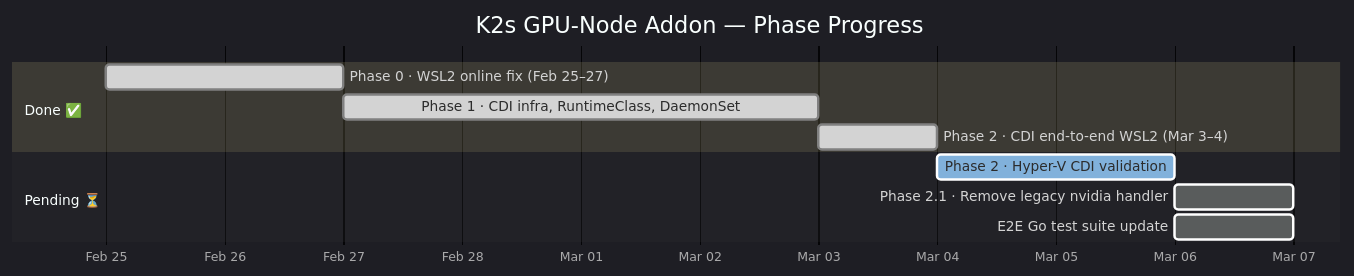
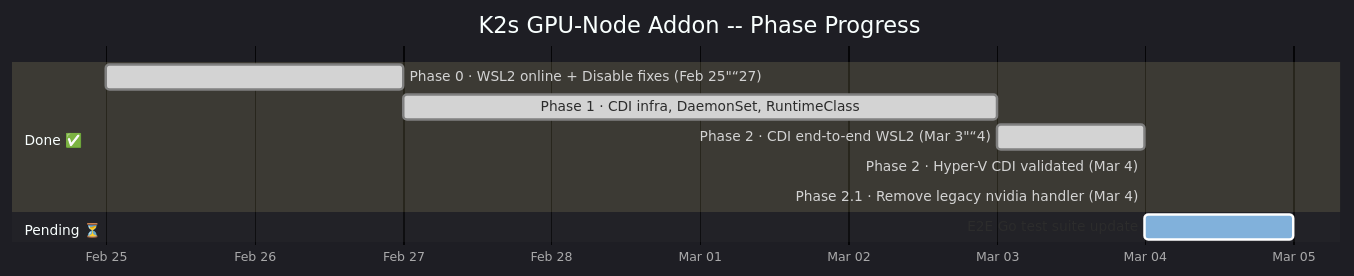
Before and after one commit to Siemens-Healthineers/K2s: the sixth of 14 diagrams in docs/dev-guide/contributing/gpu-node-roadmap.md, drawn with Mermaid. The commit also changed other lines of this file and 8 other files, not shown here.

First line of the commit message:
feat(gpu-node): validate Hyper-V CDI, fix image tag, remove legacy nvidia handler, restructure roadmap

````diff
--- a/docs/dev-guide/contributing/gpu-node-roadmap.md
+++ b/docs/dev-guide/contributing/gpu-node-roadmap.md
@@ -49,17 +257,17 @@
 ```mermaid
 %%{init: {'theme': 'dark'}}%%
 gantt
-    title K2s GPU-Node Addon — Phase Progress
+    title K2s GPU-Node Addon -- Phase Progress
     dateFormat YYYY-MM-DD
     axisFormat %b %d
 
     section Done ✅
-    Phase 0 · WSL2 online fix (Feb 25–27)          :done, p0, 2026-02-25, 2026-02-27
-    Phase 1 · CDI infra, RuntimeClass, DaemonSet   :done, p1, 2026-02-27, 2026-03-03
-    Phase 2 · CDI end-to-end WSL2 (Mar 3–4)        :done, p2, 2026-03-03, 2026-03-04
+    Phase 0 · WSL2 online + Disable fixes (Feb 25"“27)    :done, p0, 2026-02-25, 2026-02-27
+    Phase 1 · CDI infra, DaemonSet, RuntimeClass          :done, p1, 2026-02-27, 2026-03-03
+    Phase 2 · CDI end-to-end WSL2 (Mar 3"“4)              :done, p2, 2026-03-03, 2026-03-04
+    Phase 2 · Hyper-V CDI validated (Mar 4)               :done, p2hv, 2026-03-04, 2026-03-04
+    Phase 2.1 · Remove legacy nvidia handler (Mar 4)      :done, p21, 2026-03-04, 2026-03-04
 
     section Pending ⏳
-    Phase 2 · Hyper-V CDI validation               :active, p2hv, 2026-03-04, 2026-03-06
-    Phase 2.1 · Remove legacy nvidia handler        :p21, 2026-03-06, 2026-03-07
-    E2E Go test suite update                        :e2e, 2026-03-06, 2026-03-07
+    E2E Go test suite update                              :active, e2e, 2026-03-04, 2026-03-05
 ```
````
